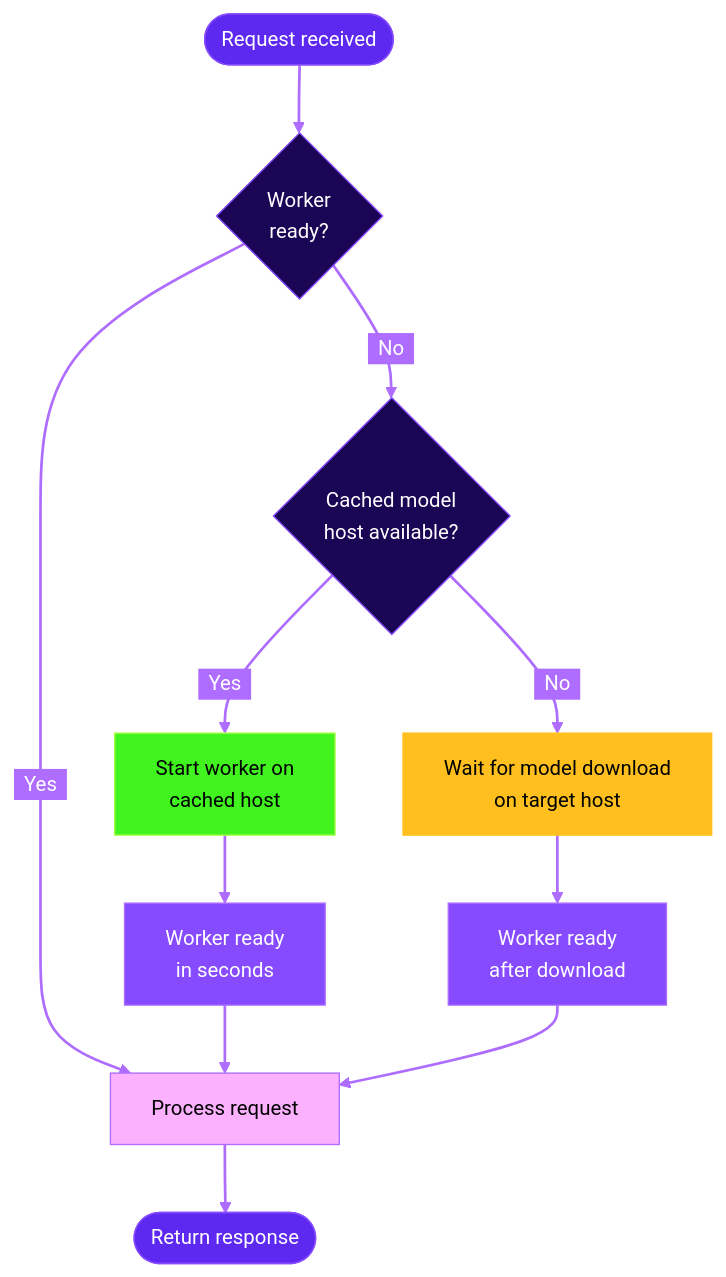
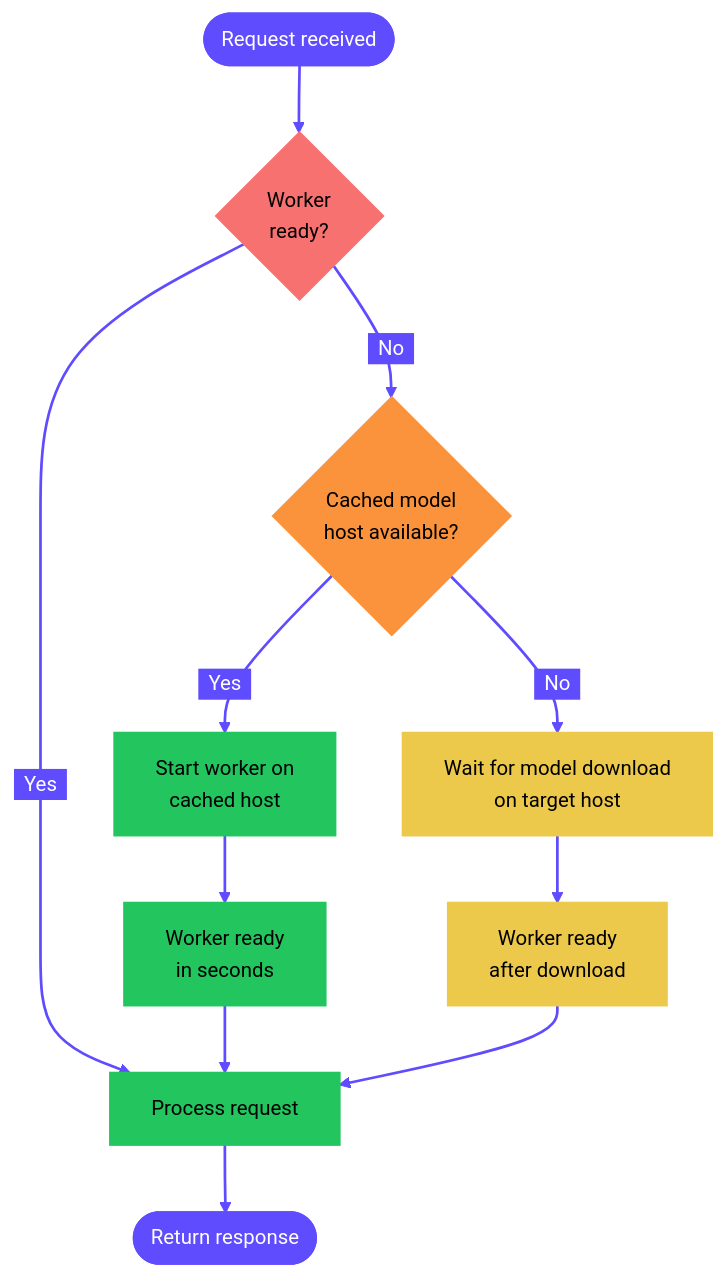
The diagram in serverless/endpoints/model-caching.mdx (runpod/docs), drawn with Mermaid before and after one commit. The commit also changed 2 other files, not shown here.

Commit message:
Update colors for mermaid diagrams

````diff
--- a/serverless/endpoints/model-caching.mdx
+++ b/serverless/endpoints/model-caching.mdx
@@ -39,32 +39,36 @@
 ```mermaid
-%%{init: {'theme':'base', 'themeVariables': { 'primaryColor':'#5D29F0','primaryTextColor':'#fff','primaryBorderColor':'#874BFF','lineColor':'#AE6DFF','secondaryColor':'#AE6DFF','tertiaryColor':'#FCB1FF','edgeLabelBackground':'#AE6DFF', 'fontSize':'15px','fontFamily':'font-inter'}}}%%
+%%{init: {'theme':'base', 'themeVariables': { 'primaryColor':'#9289FE','primaryTextColor':'#fff','primaryBorderColor':'#9289FE','lineColor':'#5F4CFE','secondaryColor':'#AE6DFF','tertiaryColor':'#FCB1FF','edgeLabelBackground':'#5F4CFE', 'fontSize':'15px','fontFamily':'font-inter'}}}%%
 
 flowchart TD
     Start([Request received]) --> CheckWorkers{Worker<br/>ready?}
     
     CheckWorkers -->|"&nbsp;&nbsp;Yes&nbsp;&nbsp;"| Process[Process request]
     
     CheckWorkers -->|"&nbsp;&nbsp;No&nbsp;&nbsp;"| CheckCache{Cached model<br/>host available?}
     
     CheckCache -->|"&nbsp;&nbsp;Yes&nbsp;&nbsp;"| FastStart[Start worker on<br/>cached host]
     FastStart --> Ready1[Worker ready<br/>in seconds]
     Ready1 --> Process
     
     CheckCache -->|"&nbsp;&nbsp;No&nbsp;&nbsp;"| WaitForCache[Wait for model download<br/>on target host]
     WaitForCache --> Ready2[Worker ready<br/>after download]
     Ready2 --> Process
     
     Process --> Response([Return response])
 
-    style Start fill:#5D29F0,stroke:#874BFF,color:#FFFFFF
-    style Response fill:#5D29F0,stroke:#874BFF,color:#FFFFFF
-    style FastStart fill:#41F420,stroke:#A7FF43,color:#000000
-    style Ready1 fill:#874BFF,stroke:#AE6DFF,color:#FFFFFF
-    style WaitForCache fill:#FFC01F,stroke:#FFC01F,color:#000000
-    style Ready2 fill:#874BFF,stroke:#AE6DFF,color:#FFFFFF
-    style CheckWorkers fill:#1B0656,stroke:#874BFF,color:#FFFFFF
-    style CheckCache fill:#1B0656,stroke:#874BFF,color:#FFFFFF
-    style Process fill:#FCB1FF,stroke:#AE6DFF,color:#000000
+    style Start fill:#5F4CFE,stroke:#5F4CFE,color:#FFFFFF,stroke-width:2px
+    style Response fill:#5F4CFE,stroke:#5F4CFE,color:#FFFFFF,stroke-width:2px
+    
+    style CheckWorkers fill:#f87171,stroke:#f87171,color:#000000,stroke-width:2px
+    style CheckCache fill:#fb923c,stroke:#fb923c,color:#000000,stroke-width:2px
+    
+    style Process fill:#22C55E,stroke:#22C55E,color:#000000,stroke-width:2px
+    
+    style FastStart fill:#22C55E,stroke:#22C55E,color:#000000,stroke-width:2px
+    style Ready1 fill:#22C55E,stroke:#22C55E,color:#000000,stroke-width:2px
+    
+    style WaitForCache fill:#ecc94b,stroke:#ecc94b,color:#000000,stroke-width:2px
+    style Ready2 fill:#ecc94b,stroke:#ecc94b,color:#000000,stroke-width:2px
 
-    linkStyle default stroke-width:2px
+    linkStyle default stroke-width:2px,stroke:#5F4CFE
 ```
````
